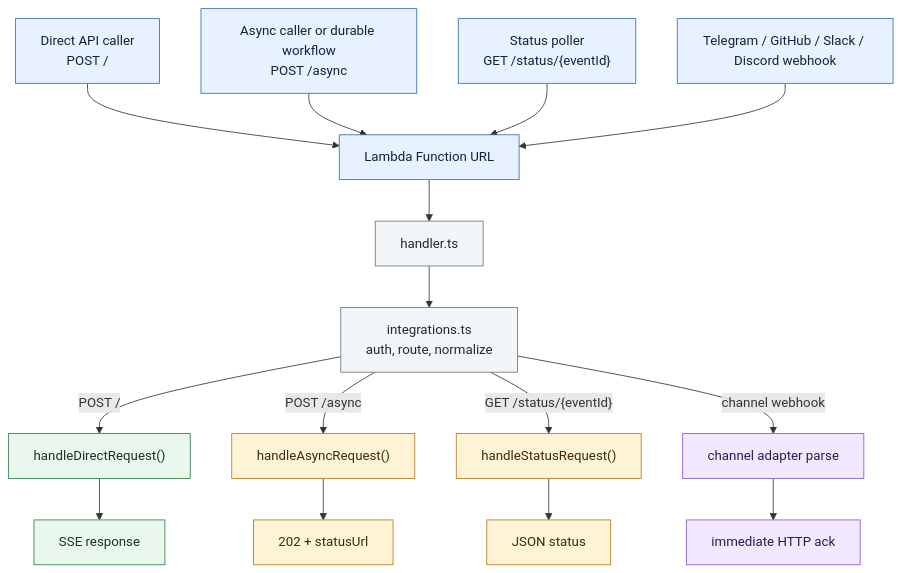
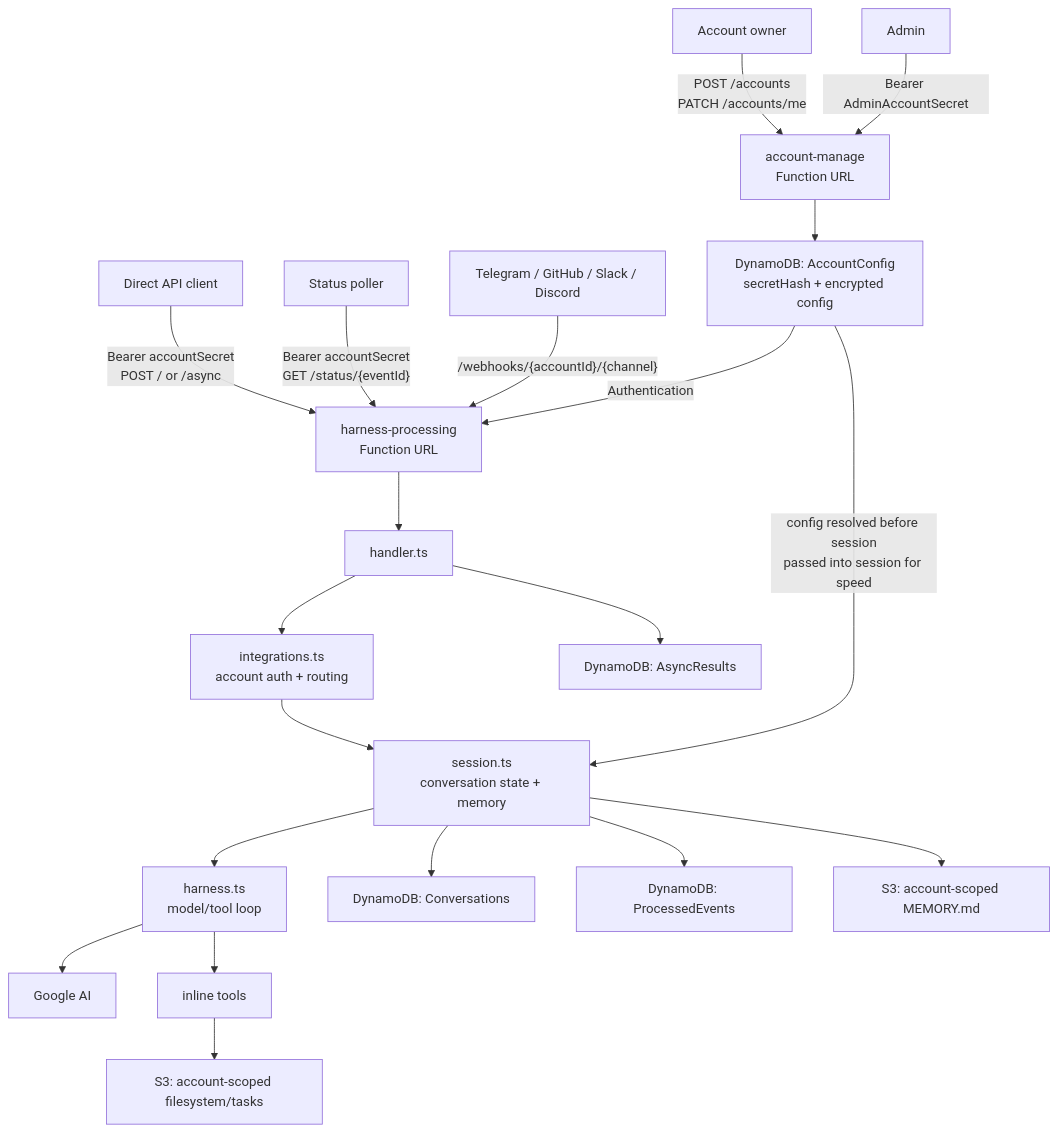
The second of 7 diagrams in docs/architecture.md (beeblastco/filthy-panty), drawn with Mermaid before and after one commit. The commit also changed other lines of this file and 32 other files, not shown here.

Commit message:
Add account-scoped configuration

````diff
--- a/docs/architecture.md
+++ b/docs/architecture.md
@@ -50,32 +27,24 @@
 ```mermaid
 flowchart TD
-  SyncCaller["Direct API caller<br/>POST /"] --> Url["Lambda Function URL"]
-  AsyncCaller["Async caller or durable workflow<br/>POST /async"] --> Url
-  Poller["Status poller<br/>GET /status/{eventId}"] --> Url
-  Channel["Telegram / GitHub / Slack / Discord webhook"] --> Url
+  Owner["Account owner"] -->|"POST /accounts<br/>PATCH /accounts/me"| ManageUrl["account-manage<br/>Function URL"]
+  Admin["Admin"] -->|"Bearer AdminAccountSecret"| ManageUrl
+  Direct["Direct API client"] -->|"Bearer accountSecret<br/>POST / or /async"| HarnessUrl["harness-processing<br/>Function URL"]
+  Status["Status poller"] -->|"Bearer accountSecret<br/>GET /status/{eventId}"| HarnessUrl
+  Provider["Telegram / GitHub / Slack / Discord"] -->|"/webhooks/{accountId}/{channel}"| HarnessUrl
 
-  Url --> Handler["handler.ts"]
-  Handler --> Integrations["integrations.ts<br/>auth, route, normalize"]
+  ManageUrl --> AccountStore["DynamoDB: AccountConfig<br/>secretHash + encrypted config"]
+  AccountStore -->|Authentication| HarnessUrl
+  HarnessUrl --> Handler["handler.ts"]
+  Handler --> Integrations["integrations.ts<br/>account auth + routing"]
+  Integrations --> Session["session.ts<br/>conversation state + memory"]
+  Session --> Harness["harness.ts<br/>model/tool loop"]
+  Harness --> Model["Google AI"]
+  Harness --> Tools["inline tools"]
 
-  Integrations -->|"POST /"| Direct["handleDirectRequest()"]
-  Integrations -->|"POST /async"| AsyncStart["handleAsyncRequest()"]
-  Integrations -->|"GET /status/{eventId}"| StatusRead["handleStatusRequest()"]
-  Integrations -->|"channel webhook"| ChannelRoute["channel adapter parse"]
-
-  Direct --> SyncResponse["SSE response"]
-  AsyncStart --> AsyncResponse["202 + statusUrl"]
-  StatusRead --> StatusResponse["JSON status"]
-  ChannelRoute --> ChannelAck["immediate HTTP ack"]
-
-  classDef entry fill:#e8f1ff,stroke:#2f6fba,color:#10233f
-  classDef lambda fill:#f3f6f8,stroke:#687683,color:#1f2933
-  classDef direct fill:#eaf7ee,stroke:#2d7d46,color:#14351f
-  classDef async fill:#fff3d6,stroke:#b7791f,color:#3d2b09
-  classDef channel fill:#f2e8ff,stroke:#805ad5,color:#2d1b4e
-
-  class SyncCaller,AsyncCaller,Poller,Channel,Url entry
-  class Handler,Integrations lambda
-  class Direct,SyncResponse direct
-  class AsyncStart,AsyncResponse,StatusRead,StatusResponse async
-  class ChannelRoute,ChannelAck channel
+  Session --> Conversations["DynamoDB: Conversations"]
+  Session --> Processed["DynamoDB: ProcessedEvents"]
+  AccountStore -->|config resolved before session<br/>passed into session for speed| Session
+  Handler --> AsyncResults["DynamoDB: AsyncResults"]
+  Session --> Memory["S3: account-scoped MEMORY.md"]
+  Tools --> Filesystem["S3: account-scoped filesystem/tasks"]
 ```
````
